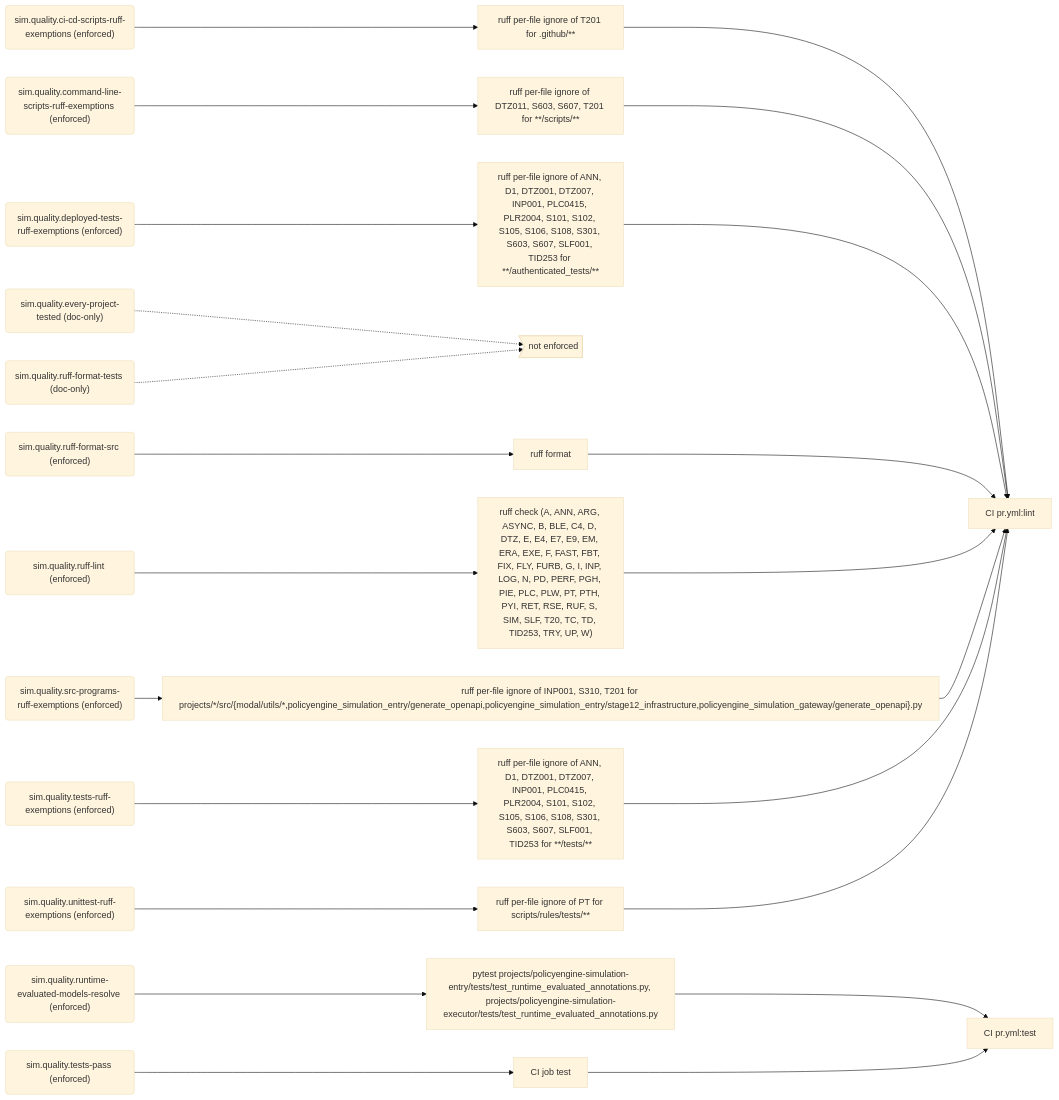
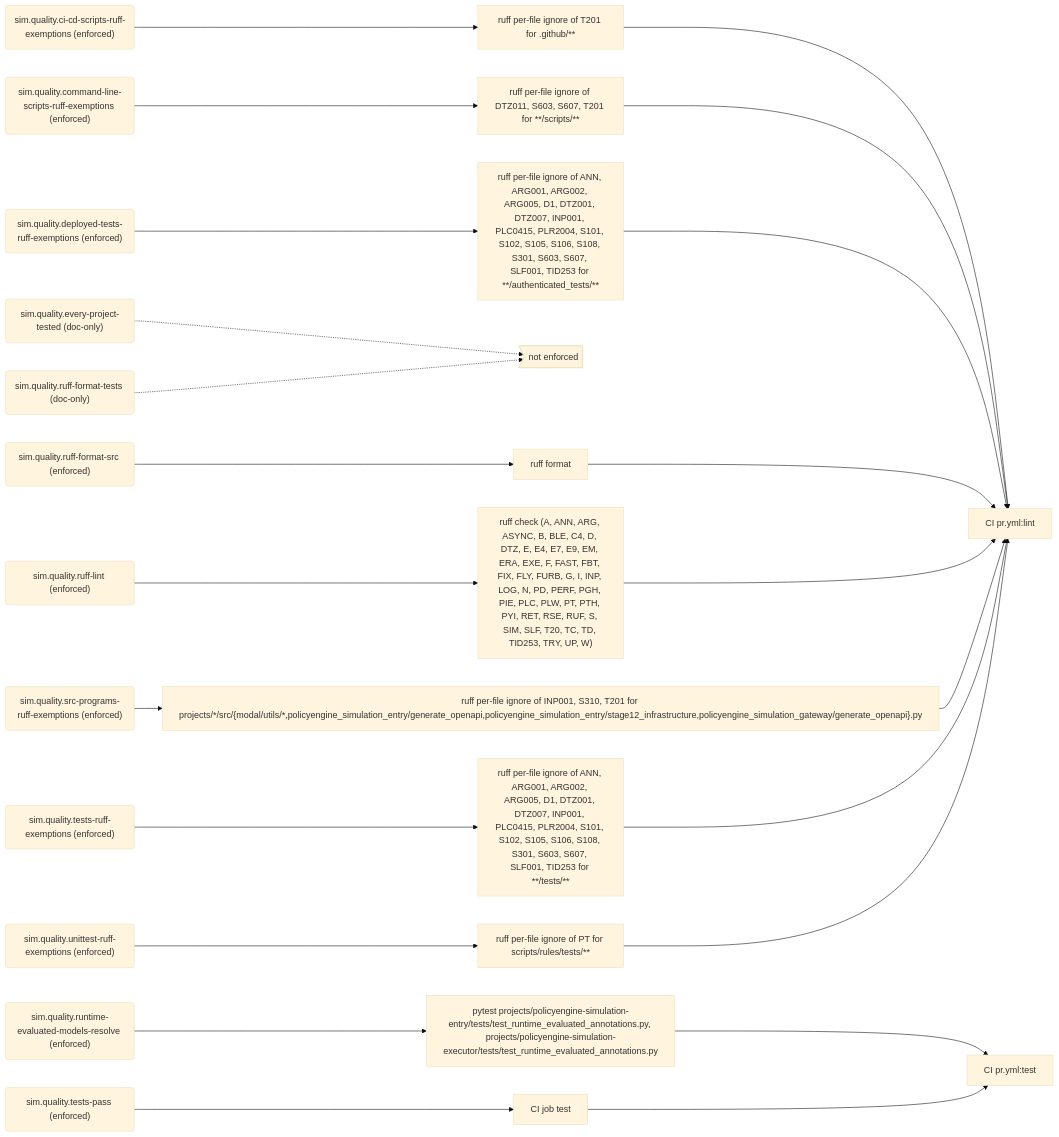
One commit to PolicyEngine/policyengine-sim-api changed the sixth of 8 diagrams in docs/generated/rules.md. Above: the diagram before and after it, drawn with Mermaid (base theme). The commit also changed other lines of this file and 20 other files, not shown here.

````diff
--- a/docs/generated/rules.md
+++ b/docs/generated/rules.md
@@ -262,50 +262,50 @@
 ```mermaid
 flowchart LR
   r_sim_quality_ci_cd_scripts_ruff_exemptions("sim.quality.ci-cd-scripts-ruff-exemptions (enforced)")
   e_ruff_per_file_ignore_of_T201_for__github___["ruff per-file ignore of T201 for .github/**"]
   j_CI_pr_yml_lint["CI pr.yml:lint"]
   r_sim_quality_command_line_scripts_ruff_exemptions("sim.quality.command-line-scripts-ruff-exemptions (enforced)")
   e_ruff_per_file_ignore_of_DTZ011__S603__S607__T201_for____scripts___["ruff per-file ignore of DTZ011, S603, S607, T201 for **/scripts/**"]
   r_sim_quality_deployed_tests_ruff_exemptions("sim.quality.deployed-tests-ruff-exemptions (enforced)")
-  e_ruff_per_file_ignore_of_ANN__D1__DTZ001__DTZ007__INP001__PLC0415__PLR2004__S101__S102__S105__S106__S108__S301__S603__S607__SLF001__TID253_for____authenticated_tests___["ruff per-file ignore of ANN, D1, DTZ001, DTZ007, INP001, PLC0415, PLR2004, S101, S102, S105, S106, S108, S301, S603, S607, SLF001, TID253 for **/authenticated_tests/**"]
+  e_ruff_per_file_ignore_of_ANN__ARG001__ARG002__ARG005__D1__DTZ001__DTZ007__INP001__PLC0415__PLR2004__S101__S102__S105__S106__S108__S301__S603__S607__SLF001__TID253_for____authenticated_tests___["ruff per-file ignore of ANN, ARG001, ARG002, ARG005, D1, DTZ001, DTZ007, INP001, PLC0415, PLR2004, S101, S102, S105, S106, S108, S301, S603, S607, SLF001, TID253 for **/authenticated_tests/**"]
   r_sim_quality_every_project_tested("sim.quality.every-project-tested (doc-only)")
   gap_unenforced>"not enforced"]
   r_sim_quality_ruff_format_src("sim.quality.ruff-format-src (enforced)")
   e_ruff_format["ruff format"]
   r_sim_quality_ruff_format_tests("sim.quality.ruff-format-tests (doc-only)")
   r_sim_quality_ruff_lint("sim.quality.ruff-lint (enforced)")
   e_ruff_check__A__ANN__ARG__ASYNC__B__BLE__C4__D__DTZ__E__E4__E7__E9__EM__ERA__EXE__F__FAST__FBT__FIX__FLY__FURB__G__I__INP__LOG__N__PD__PERF__PGH__PIE__PLC__PLW__PT__PTH__PYI__RET__RSE__RUF__S__SIM__SLF__T20__TC__TD__TID253__TRY__UP__W_["ruff check (A, ANN, ARG, ASYNC, B, BLE, C4, D, DTZ, E, E4, E7, E9, EM, ERA, EXE, F, FAST, FBT, FIX, FLY, FURB, G, I, INP, LOG, N, PD, PERF, PGH, PIE, PLC, PLW, PT, PTH, PYI, RET, RSE, RUF, S, SIM, SLF, T20, TC, TD, TID253, TRY, UP, W)"]
   r_sim_quality_runtime_evaluated_models_resolve("sim.quality.runtime-evaluated-models-resolve (enforced)")
   e_pytest_projects_policyengine_simulation_entry_tests_test_runtime_evaluated_annotations_py__projects_policyengine_simulation_executor_tests_test_runtime_evaluated_annotations_py["pytest projects/policyengine-simulation-entry/tests/test_runtime_evaluated_annotations.py, projects/policyengine-simulation-executor/tests/test_runtime_evaluated_annotations.py"]
   j_CI_pr_yml_test["CI pr.yml:test"]
   r_sim_quality_src_programs_ruff_exemptions("sim.quality.src-programs-ruff-exemptions (enforced)")
   e_ruff_per_file_ignore_of_INP001__S310__T201_for_projects___src__modal_utils___policyengine_simulation_entry_generate_openapi_policyengine_simulation_entry_stage12_infrastructure_policyengine_simulation_gateway_generate_openapi__py["ruff per-file ignore of INP001, S310, T201 for projects/*/src/{modal/utils/*,policyengine_simulation_entry/generate_openapi,policyengine_simulation_entry/stage12_infrastructure,policyengine_simulation_gateway/generate_openapi}.py"]
   r_sim_quality_tests_pass("sim.quality.tests-pass (enforced)")
   e_CI_job_test["CI job test"]
   r_sim_quality_tests_ruff_exemptions("sim.quality.tests-ruff-exemptions (enforced)")
-  e_ruff_per_file_ignore_of_ANN__D1__DTZ001__DTZ007__INP001__PLC0415__PLR2004__S101__S102__S105__S106__S108__S301__S603__S607__SLF001__TID253_for____tests___["ruff per-file ignore of ANN, D1, DTZ001, DTZ007, INP001, PLC0415, PLR2004, S101, S102, S105, S106, S108, S301, S603, S607, SLF001, TID253 for **/tests/**"]
+  e_ruff_per_file_ignore_of_ANN__ARG001__ARG002__ARG005__D1__DTZ001__DTZ007__INP001__PLC0415__PLR2004__S101__S102__S105__S106__S108__S301__S603__S607__SLF001__TID253_for____tests___["ruff per-file ignore of ANN, ARG001, ARG002, ARG005, D1, DTZ001, DTZ007, INP001, PLC0415, PLR2004, S101, S102, S105, S106, S108, S301, S603, S607, SLF001, TID253 for **/tests/**"]
   r_sim_quality_unittest_ruff_exemptions("sim.quality.unittest-ruff-exemptions (enforced)")
   e_ruff_per_file_ignore_of_PT_for_scripts_rules_tests___["ruff per-file ignore of PT for scripts/rules/tests/**"]
   r_sim_quality_ci_cd_scripts_ruff_exemptions --> e_ruff_per_file_ignore_of_T201_for__github___
   e_ruff_per_file_ignore_of_T201_for__github___ --> j_CI_pr_yml_lint
   r_sim_quality_command_line_scripts_ruff_exemptions --> e_ruff_per_file_ignore_of_DTZ011__S603__S607__T201_for____scripts___
   e_ruff_per_file_ignore_of_DTZ011__S603__S607__T201_for____scripts___ --> j_CI_pr_yml_lint
-  r_sim_quality_deployed_tests_ruff_exemptions --> e_ruff_per_file_ignore_of_ANN__D1__DTZ001__DTZ007__INP001__PLC0415__PLR2004__S101__S102__S105__S106__S108__S301__S603__S607__SLF001__TID253_for____authenticated_tests___
-  e_ruff_per_file_ignore_of_ANN__D1__DTZ001__DTZ007__INP001__PLC0415__PLR2004__S101__S102__S105__S106__S108__S301__S603__S607__SLF001__TID253_for____authenticated_tests___ --> j_CI_pr_yml_lint
+  r_sim_quality_deployed_tests_ruff_exemptions --> e_ruff_per_file_ignore_of_ANN__ARG001__ARG002__ARG005__D1__DTZ001__DTZ007__INP001__PLC0415__PLR2004__S101__S102__S105__S106__S108__S301__S603__S607__SLF001__TID253_for____authenticated_tests___
+  e_ruff_per_file_ignore_of_ANN__ARG001__ARG002__ARG005__D1__DTZ001__DTZ007__INP001__PLC0415__PLR2004__S101__S102__S105__S106__S108__S301__S603__S607__SLF001__TID253_for____authenticated_tests___ --> j_CI_pr_yml_lint
   r_sim_quality_every_project_tested -.-> gap_unenforced
   r_sim_quality_ruff_format_src --> e_ruff_format
   e_ruff_format --> j_CI_pr_yml_lint
   r_sim_quality_ruff_format_tests -.-> gap_unenforced
   r_sim_quality_ruff_lint --> e_ruff_check__A__ANN__ARG__ASYNC__B__BLE__C4__D__DTZ__E__E4__E7__E9__EM__ERA__EXE__F__FAST__FBT__FIX__FLY__FURB__G__I__INP__LOG__N__PD__PERF__PGH__PIE__PLC__PLW__PT__PTH__PYI__RET__RSE__RUF__S__SIM__SLF__T20__TC__TD__TID253__TRY__UP__W_
   e_ruff_check__A__ANN__ARG__ASYNC__B__BLE__C4__D__DTZ__E__E4__E7__E9__EM__ERA__EXE__F__FAST__FBT__FIX__FLY__FURB__G__I__INP__LOG__N__PD__PERF__PGH__PIE__PLC__PLW__PT__PTH__PYI__RET__RSE__RUF__S__SIM__SLF__T20__TC__TD__TID253__TRY__UP__W_ --> j_CI_pr_yml_lint
   r_sim_quality_runtime_evaluated_models_resolve --> e_pytest_projects_policyengine_simulation_entry_tests_test_runtime_evaluated_annotations_py__projects_policyengine_simulation_executor_tests_test_runtime_evaluated_annotations_py
   e_pytest_projects_policyengine_simulation_entry_tests_test_runtime_evaluated_annotations_py__projects_policyengine_simulation_executor_tests_test_runtime_evaluated_annotations_py --> j_CI_pr_yml_test
   r_sim_quality_src_programs_ruff_exemptions --> e_ruff_per_file_ignore_of_INP001__S310__T201_for_projects___src__modal_utils___policyengine_simulation_entry_generate_openapi_policyengine_simulation_entry_stage12_infrastructure_policyengine_simulation_gateway_generate_openapi__py
   e_ruff_per_file_ignore_of_INP001__S310__T201_for_projects___src__modal_utils___policyengine_simulation_entry_generate_openapi_policyengine_simulation_entry_stage12_infrastructure_policyengine_simulation_gateway_generate_openapi__py --> j_CI_pr_yml_lint
   r_sim_quality_tests_pass --> e_CI_job_test
   e_CI_job_test --> j_CI_pr_yml_test
-  r_sim_quality_tests_ruff_exemptions --> e_ruff_per_file_ignore_of_ANN__D1__DTZ001__DTZ007__INP001__PLC0415__PLR2004__S101__S102__S105__S106__S108__S301__S603__S607__SLF001__TID253_for____tests___
-  e_ruff_per_file_ignore_of_ANN__D1__DTZ001__DTZ007__INP001__PLC0415__PLR2004__S101__S102__S105__S106__S108__S301__S603__S607__SLF001__TID253_for____tests___ --> j_CI_pr_yml_lint
+  r_sim_quality_tests_ruff_exemptions --> e_ruff_per_file_ignore_of_ANN__ARG001__ARG002__ARG005__D1__DTZ001__DTZ007__INP001__PLC0415__PLR2004__S101__S102__S105__S106__S108__S301__S603__S607__SLF001__TID253_for____tests___
+  e_ruff_per_file_ignore_of_ANN__ARG001__ARG002__ARG005__D1__DTZ001__DTZ007__INP001__PLC0415__PLR2004__S101__S102__S105__S106__S108__S301__S603__S607__SLF001__TID253_for____tests___ --> j_CI_pr_yml_lint
   r_sim_quality_unittest_ruff_exemptions --> e_ruff_per_file_ignore_of_PT_for_scripts_rules_tests___
   e_ruff_per_file_ignore_of_PT_for_scripts_rules_tests___ --> j_CI_pr_yml_lint
 ```
````
